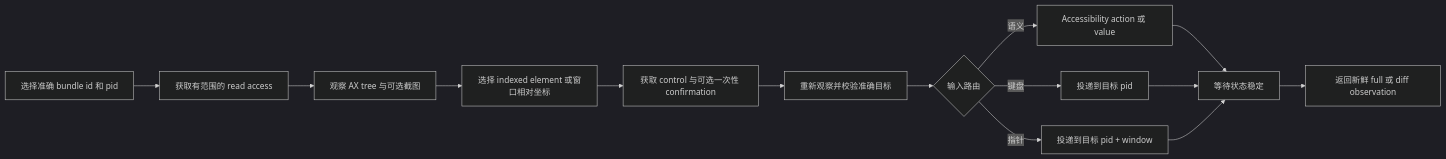
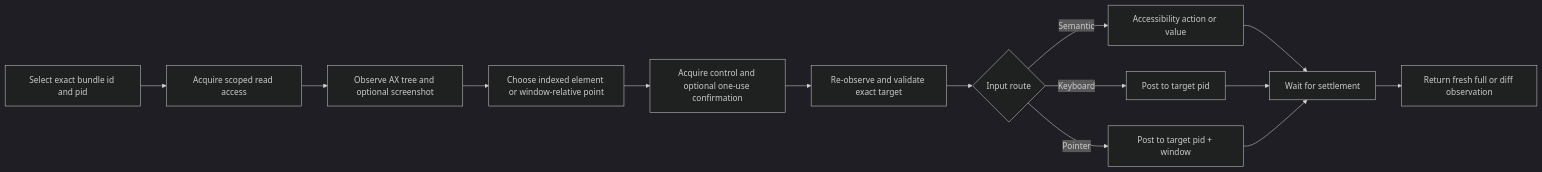
Before and after one commit to bitterSmilezzz/dsh-computer-use: the diagram in README.zh.md, drawn with Mermaid (dark theme). The commit also changed other lines of this file and 78 other files, not shown here.

````diff
--- a/README.zh.md
+++ b/README.zh.md
@@ -105,16 +105,16 @@
 ```mermaid
 flowchart LR
-    A["选择准确 bundle id 和 pid"] --> B["获取有范围的 read access"]
-    B --> C["观察 AX tree 与可选截图"]
-    C --> D["选择 indexed element 或窗口相对坐标"]
-    D --> E["获取 control 与可选一次性 confirmation"]
-    E --> F["重新观察并校验准确目标"]
-    F --> G{"输入路由"}
-    G -->|"语义"| H["Accessibility action 或 value"]
-    G -->|"键盘"| I["投递到目标 pid"]
-    G -->|"指针"| J["投递到目标 pid + window"]
-    H --> K["等待状态稳定"]
+    A["Select exact bundle id and pid"] --> B["Acquire scoped read access"]
+    B --> C["Observe AX tree and optional screenshot"]
+    C --> D["Choose indexed element or window-relative point"]
+    D --> E["Acquire control and optional one-use confirmation"]
+    E --> F["Re-observe and validate exact target"]
+    F --> G{"Input route"}
+    G -->|"Semantic"| H["Accessibility action or value"]
+    G -->|"Keyboard"| I["Post to target pid"]
+    G -->|"Pointer"| J["Post to target pid + window"]
+    H --> K["Wait for settlement"]
     I --> K
     J --> K
-    K --> L["返回新鲜 full 或 diff observation"]
+    K --> L["Return fresh full or diff observation"]
 ```
````
